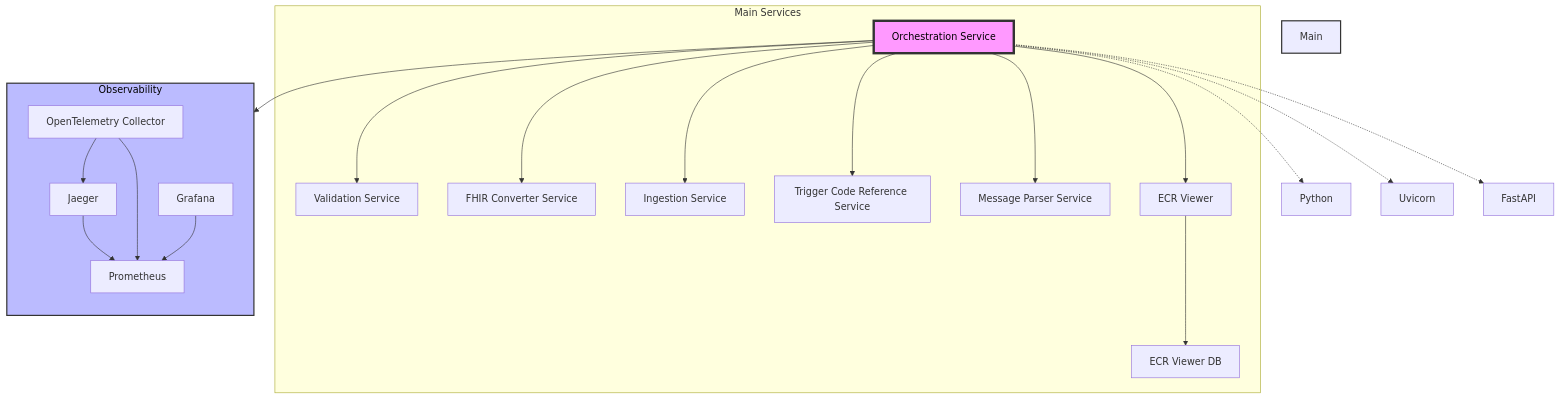
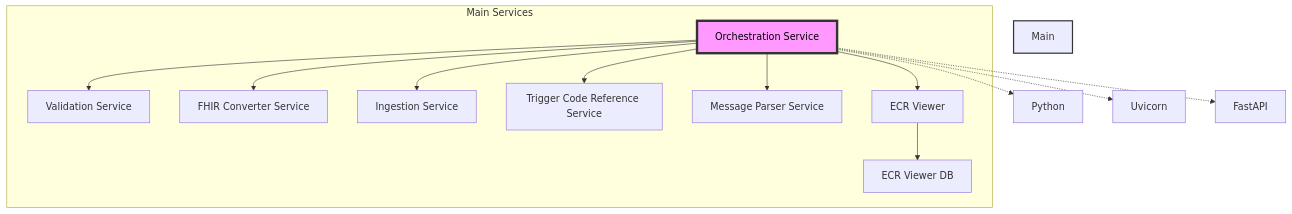
Before and after one commit to CDCgov/dibbs-ecr-viewer: the first of 2 diagrams in containers/orchestration/README.md, drawn with Mermaid. The commit also changed 28 other files, not shown here.

````diff
--- a/containers/orchestration/README.md
+++ b/containers/orchestration/README.md
@@ -106,35 +106,24 @@
 ```mermaid
 graph TD
     subgraph Main Services
         A[Orchestration Service]
         A --> B[Validation Service]
         A --> C[FHIR Converter Service]
         A --> D[Ingestion Service]
         A --> E[Trigger Code Reference Service]
         A --> F[Message Parser Service]
         A --> G[ECR Viewer]
         G --> H[ECR Viewer DB]
     end
 
-    subgraph Observability
-        direction TB
-        I[Jaeger] --> J[Prometheus]
-        K[OpenTelemetry Collector] --> J
-        K --> I
-        L[Grafana] --> J
-    end
-
-    A --> I
-
     M[Python]
     N[Uvicorn]
     O[FastAPI]
 
     A -.-> M
     A -.-> N
     A -.-> O
 
     style A fill:#f9f,stroke:#333,stroke-width:4px,color:#000
     style Main Services fill:#bbf,stroke:#333,stroke-width:2px
-    style Observability fill:#bbf,stroke:#333,stroke-width:2px,color:#000
 ```
````
